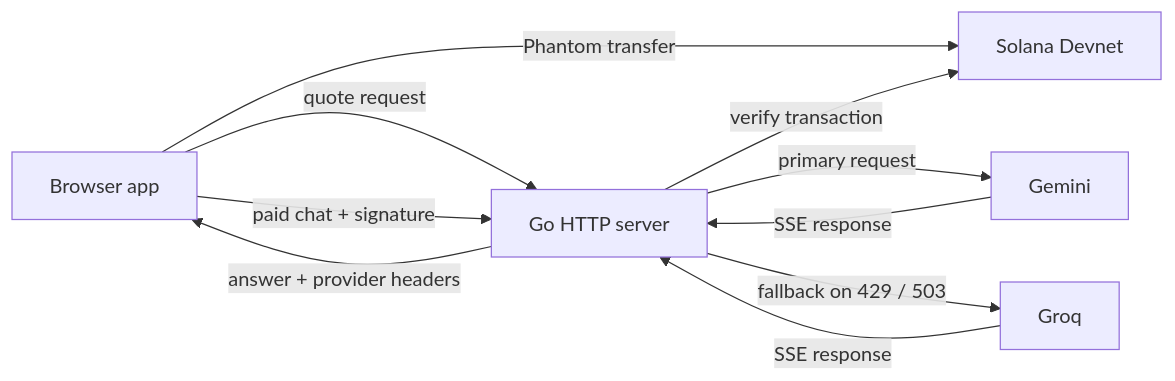
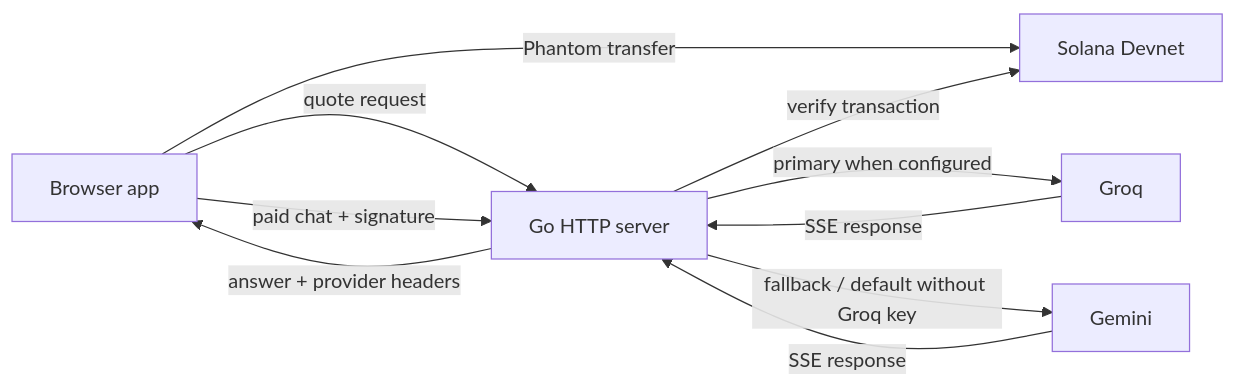
Before and after one commit to altynbks/promptSOL: the diagram in docs/ARCHITECTURE.md, drawn with Mermaid. The commit also changed other lines of this file and 10 other files, not shown here.

Commit message:
feat: default to Groq and improve loading states

````diff
--- a/docs/ARCHITECTURE.md
+++ b/docs/ARCHITECTURE.md
@@ -7,12 +7,12 @@
 ```mermaid
 flowchart LR
     UI[Browser app] -->|quote request| API[Go HTTP server]
     UI -->|Phantom transfer| SOL[Solana Devnet]
     UI -->|paid chat + signature| API
     API -->|verify transaction| SOL
-    API -->|primary request| GEM[Gemini]
-    API -->|fallback on 429 / 503| GROQ[Groq]
+    API -->|primary when configured| GROQ[Groq]
+    API -->|fallback / default without Groq key| GEM[Gemini]
     GEM -->|SSE response| API
     GROQ -->|SSE response| API
     API -->|answer + provider headers| UI
 ```
````
